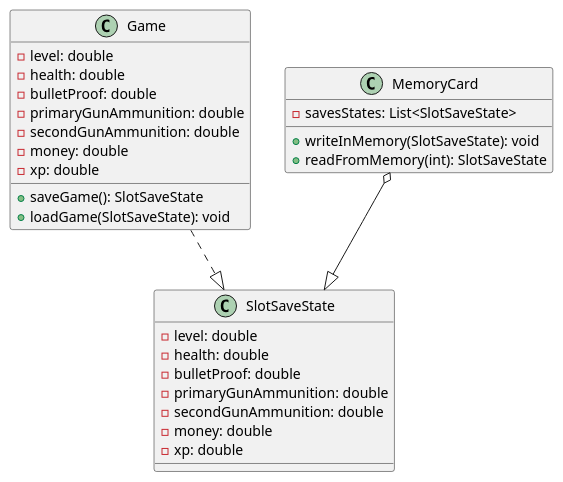
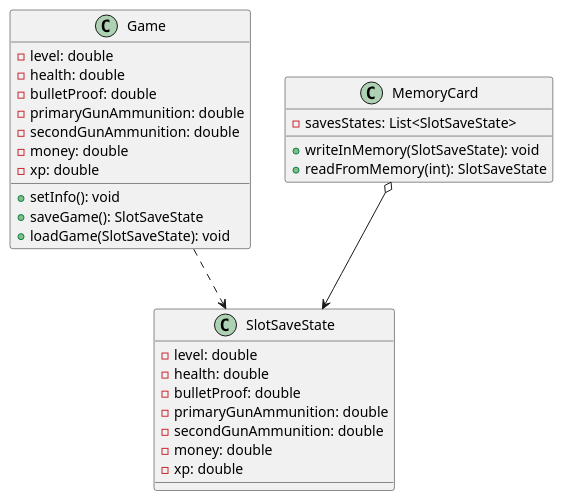
The third of 3 diagrams in posts/Memento.md (leandro-costa/blog-material-aula-template), drawn with PlantUML before and after one commit. The commit also changed other lines of this file, not shown here.

````diff
--- a/posts/Memento.md
+++ b/posts/Memento.md
@@ -365,43 +433,43 @@
 ```plantuml
 
 @startuml
 
 class Game {
     - level: double
     - health: double
     - bulletProof: double
     - primaryGunAmmunition: double
     - secondGunAmmunition: double
     - money: double
     - xp: double
 
+    + setInfo(): void
     + saveGame(): SlotSaveState
     + loadGame(SlotSaveState): void
 }
 
 class SlotSaveState {
     - level: double
     - health: double
     - bulletProof: double
     - primaryGunAmmunition: double
     - secondGunAmmunition: double
     - money: double
     - xp: double
 }
 
 class MemoryCard {
     - savesStates: List<SlotSaveState>
-
     + writeInMemory(SlotSaveState): void
     + readFromMemory(int): SlotSaveState
 }
 
 
-Game ..|> SlotSaveState
-MemoryCard o--|> SlotSaveState
+Game ..> SlotSaveState
+MemoryCard o--> SlotSaveState
 
 
 @enduml
 
 
 ```
````
